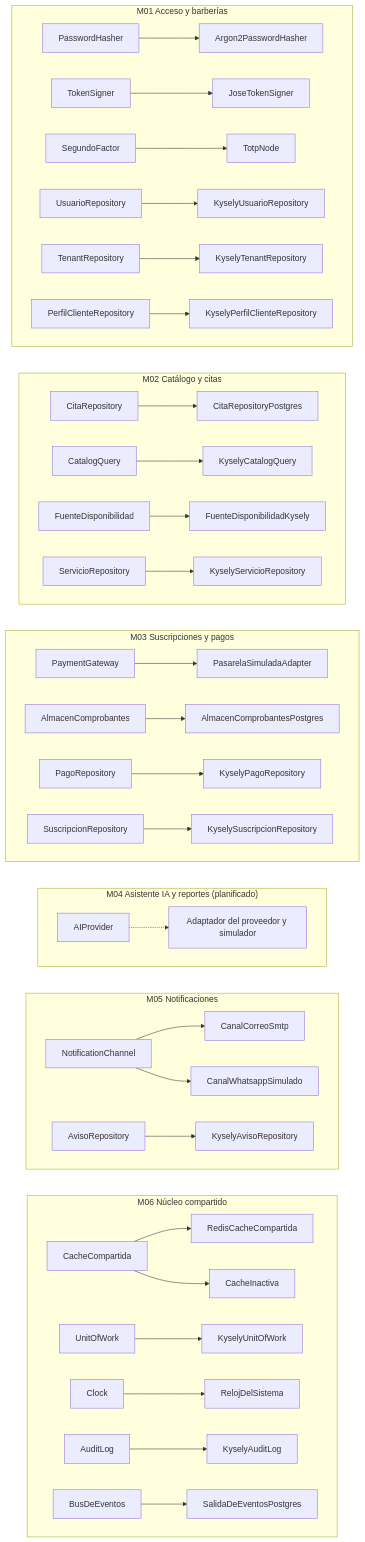
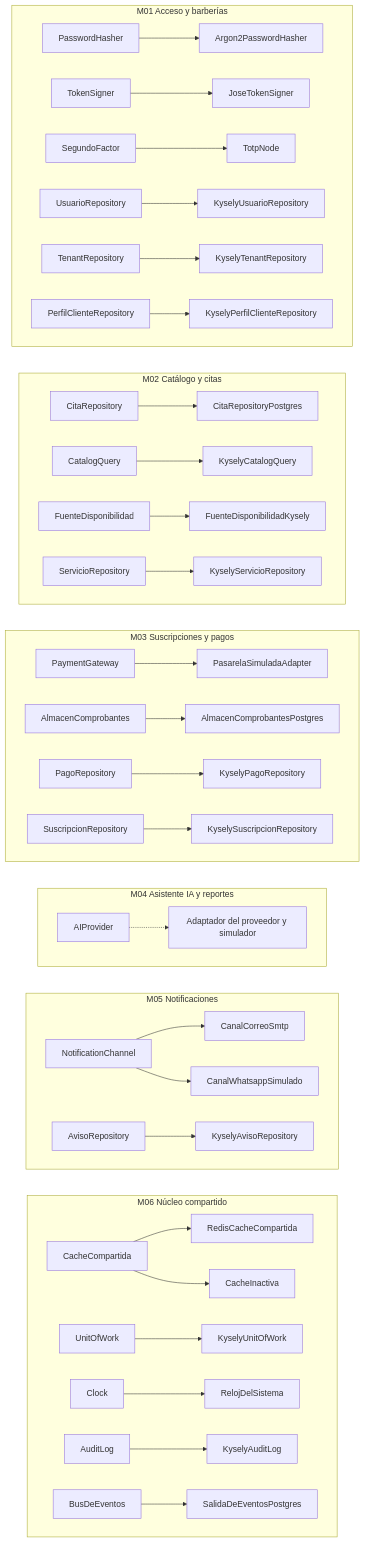
The diagram in docs/03-diseño-de-software/diseño-interno/principios-de-diseño.md (semcham/proyecto-final-barberia-ayacucho), drawn with Mermaid before and after one commit. The commit also changed other lines of this file and 12 other files, not shown here.

Commit message:
docs: actualizar diagramas C4, modelo de datos y vista de capas con las funcionalidades 004 a 011

````diff
--- a/docs/03-diseño-de-software/diseño-interno/principios-de-diseño.md
+++ b/docs/03-diseño-de-software/diseño-interno/principios-de-diseño.md
@@ -34,50 +34,50 @@
 ```mermaid
 flowchart TB
     subgraph M01["M01 Acceso y barberías"]
         direction LR
         PasswordHasher["PasswordHasher"] --> Argon2PasswordHasher["Argon2PasswordHasher"]
         TokenSigner["TokenSigner"] --> JoseTokenSigner["JoseTokenSigner"]
         SegundoFactor["SegundoFactor"] --> TotpNode["TotpNode"]
         UsuarioRepository["UsuarioRepository"] --> KyselyUsuarioRepository["KyselyUsuarioRepository"]
         TenantRepository["TenantRepository"] --> KyselyTenantRepository["KyselyTenantRepository"]
         PerfilClienteRepository["PerfilClienteRepository"] --> KyselyPerfilClienteRepository["KyselyPerfilClienteRepository"]
     end
     subgraph M02["M02 Catálogo y citas"]
         direction LR
         CitaRepository["CitaRepository"] --> CitaRepositoryPostgres["CitaRepositoryPostgres"]
         CatalogQuery["CatalogQuery"] --> KyselyCatalogQuery["KyselyCatalogQuery"]
         FuenteDisponibilidad["FuenteDisponibilidad"] --> FuenteDisponibilidadKysely["FuenteDisponibilidadKysely"]
         ServicioRepository["ServicioRepository"] --> KyselyServicioRepository["KyselyServicioRepository"]
     end
     subgraph M03["M03 Suscripciones y pagos"]
         direction LR
         PaymentGateway["PaymentGateway"] --> PasarelaSimuladaAdapter["PasarelaSimuladaAdapter"]
         AlmacenComprobantes["AlmacenComprobantes"] --> AlmacenComprobantesPostgres["AlmacenComprobantesPostgres"]
         PagoRepository["PagoRepository"] --> KyselyPagoRepository["KyselyPagoRepository"]
         SuscripcionRepository["SuscripcionRepository"] --> KyselySuscripcionRepository["KyselySuscripcionRepository"]
     end
-    subgraph M04["M04 Asistente IA y reportes (planificado)"]
+    subgraph M04["M04 Asistente IA y reportes"]
         direction LR
         AIProvider["AIProvider"] -.-> AdaptadorIA["Adaptador del proveedor y simulador"]
     end
     subgraph M05["M05 Notificaciones"]
         direction LR
         NotificationChannel["NotificationChannel"] --> CanalCorreoSmtp["CanalCorreoSmtp"]
         NotificationChannel --> CanalWhatsappSimulado["CanalWhatsappSimulado"]
         AvisoRepository["AvisoRepository"] --> KyselyAvisoRepository["KyselyAvisoRepository"]
     end
     subgraph M06["M06 Núcleo compartido"]
         direction LR
         CacheCompartida["CacheCompartida"] --> RedisCacheCompartida["RedisCacheCompartida"]
         CacheCompartida --> CacheInactiva["CacheInactiva"]
         UnitOfWork["UnitOfWork"] --> KyselyUnitOfWork["KyselyUnitOfWork"]
         Clock["Clock"] --> RelojDelSistema["RelojDelSistema"]
         AuditLog["AuditLog"] --> KyselyAuditLog["KyselyAuditLog"]
         BusDeEventos["BusDeEventos"] --> SalidaDeEventosPostgres["SalidaDeEventosPostgres"]
     end
     M01 ~~~ M02
     M02 ~~~ M03
     M03 ~~~ M04
     M04 ~~~ M05
     M05 ~~~ M06
 ```
````
